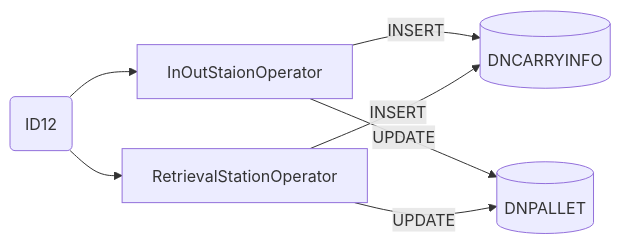
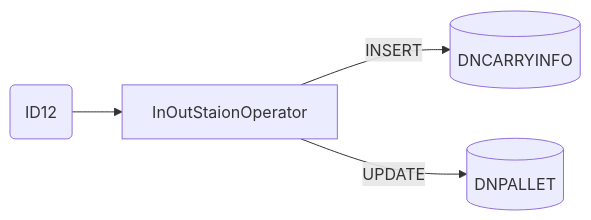
Before and after one commit to luthfiadityaa/SimeDarby-Wiki: the fourth of 11 diagrams in Basic-Design/DFD-WMS/Retrieval/Unplanned-Retrieval-to-HP-Area.md, drawn with Mermaid. The commit also changed other lines of this file, not shown here.

Commit message:
Updated Unplanned Retrieval to HP Area

```diff
--- a/Basic-Design/DFD-WMS/Retrieval/Unplanned-Retrieval-to-HP-Area.md
+++ b/Basic-Design/DFD-WMS/Retrieval/Unplanned-Retrieval-to-HP-Area.md
@@ -195,26 +196,21 @@
 ::: mermaid
 flowchart LR
 
 id26msg("
 ID12
 ")
 
 id26-insert[("
 DNCARRYINFO
 ")]
 
 id26-update[("
 DNPALLET
 ")]
 
-retrievalstationoperator[RetrievalStationOperator]
 inoutstationoperator[InOutStaionOperator]
 
-id26msg
 id26msg-->inoutstationoperator
-id26msg-->retrievalstationoperator
 inoutstationoperator--> |INSERT| id26-insert
 inoutstationoperator--> |UPDATE| id26-update
-retrievalstationoperator--> |INSERT| id26-insert
-retrievalstationoperator--> |UPDATE| id26-update
 :::
```
